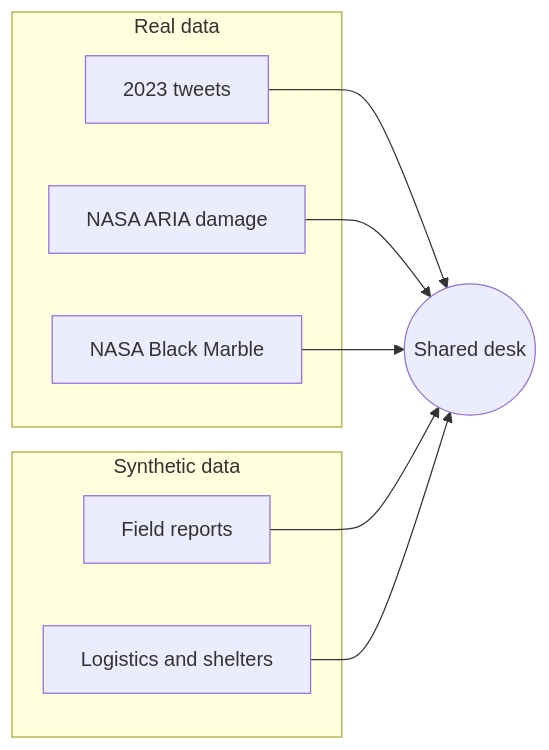
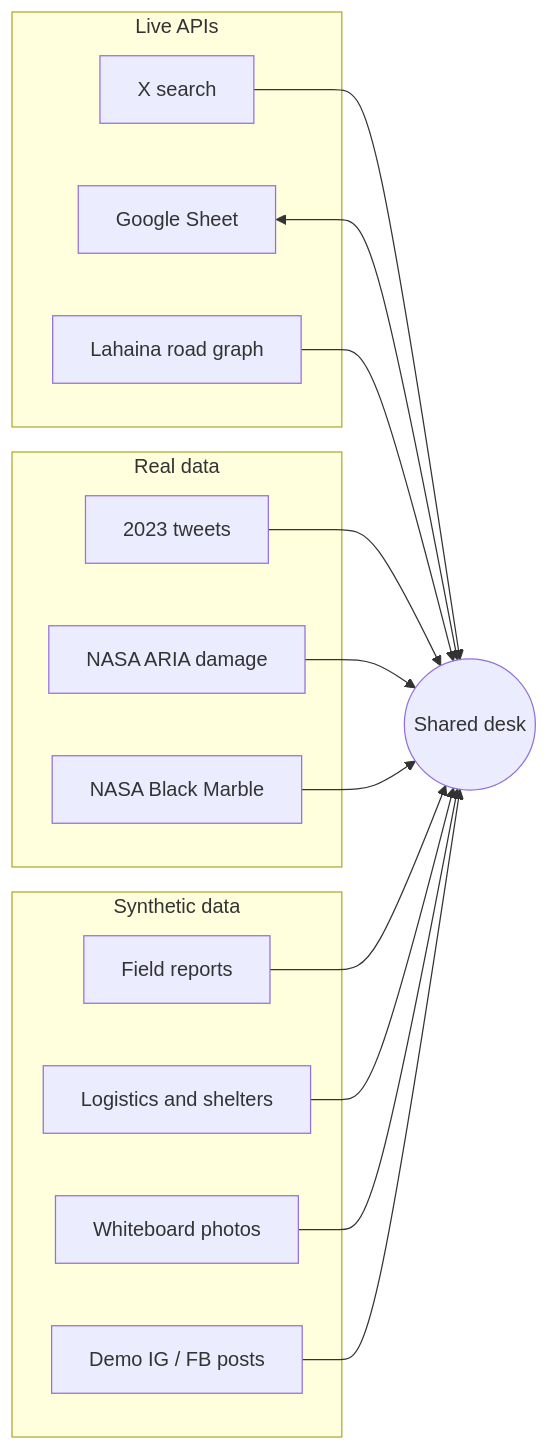
Before and after one commit to Danvu772/DisasterDeck: the diagram in docs/Multiplayer Disaster Desk/Data sources.md, drawn with Mermaid. The commit also changed other lines of this file and 12 other files, not shown here.

````diff
--- a/docs/Multiplayer Disaster Desk/Data sources.md
+++ b/docs/Multiplayer Disaster Desk/Data sources.md
@@ -23,17 +32,29 @@
 ```mermaid
 flowchart LR
     subgraph Real["Real data"]
         T["2023 tweets"]
         N1["NASA ARIA damage"]
         N2["NASA Black Marble"]
     end
     subgraph Synthetic["Synthetic data"]
         S["Field reports"]
         L["Logistics and shelters"]
+        W["Whiteboard photos"]
+        SP["Demo IG / FB posts"]
     end
+    subgraph Live["Live APIs"]
+        X["X search"]
+        GS["Google Sheet"]
+        OSM["Lahaina road graph"]
+    end
+    SP --> M
+    X --> M
+    GS <--> M
+    OSM --> M
     T --> M(("Shared desk"))
     N1 --> M
     N2 --> M
     S --> M
     L --> M
+    W --> M
 ```
````
